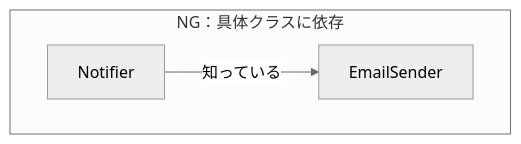
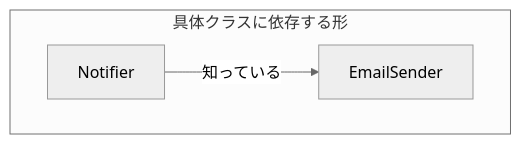
Before and after one commit to kumachan1101-pixel/DesignPattern: the third of 6 diagrams in kindle/design-patterns/books/volume01-core-patterns/output/preface.md, drawn with Mermaid (neutral theme). The commit also changed other lines of this file and 1 other file, not shown here.

````diff
--- a/kindle/design-patterns/books/volume01-core-patterns/output/preface.md
+++ b/kindle/design-patterns/books/volume01-core-patterns/output/preface.md
@@ -558,6 +558,6 @@
 ```mermaid
 graph TD
-    subgraph "NG：具体クラスに依存"
+    subgraph "具体クラスに依存する形"
         N1[Notifier] -->|知っている| N2[EmailSender]
     end
 ```
````
